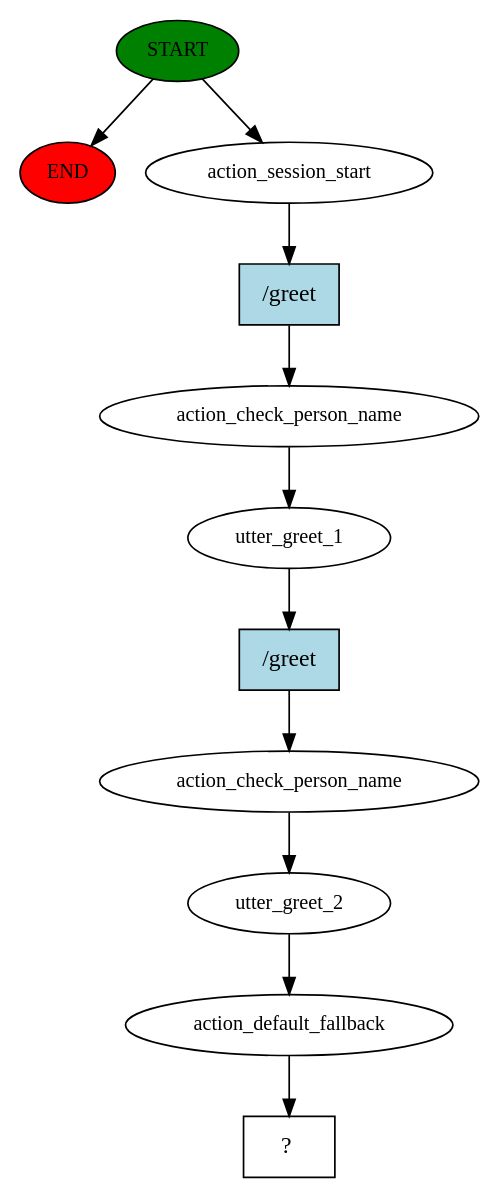
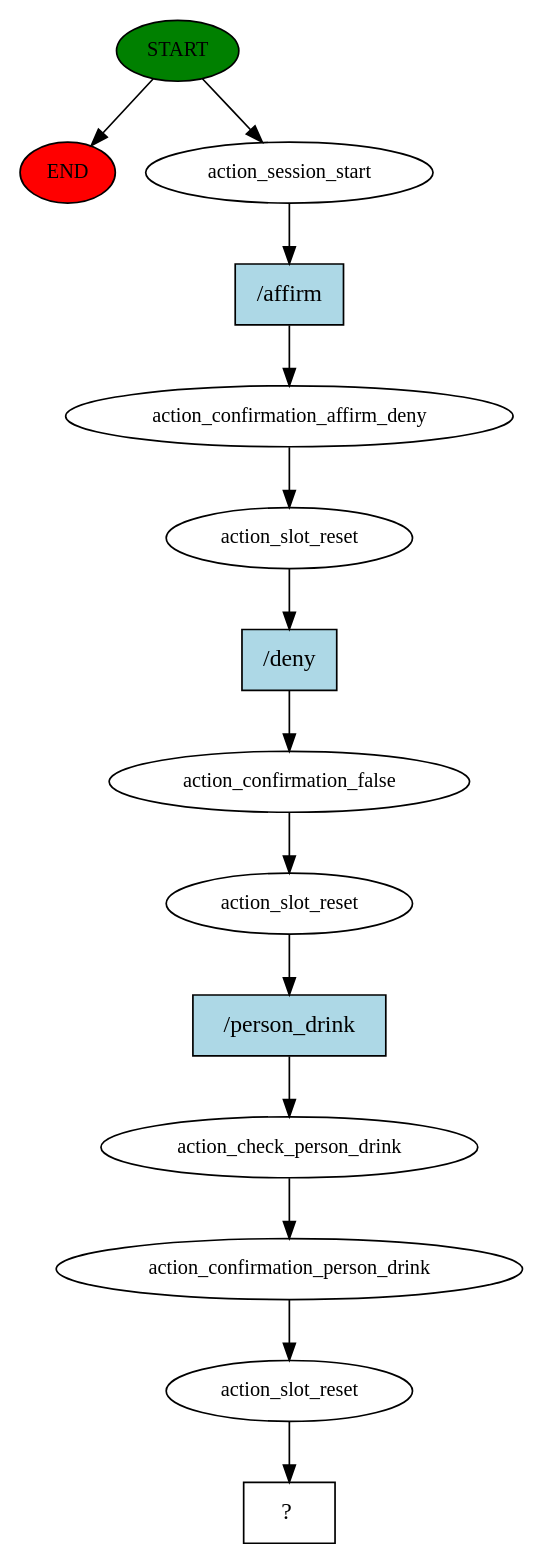
The diagram in lcastor_nlu/robocup_nlu/rasa/story_graph.dot (Ammu033/Robo_cup), drawn with Graphviz before and after one commit. The commit also changed 10 other files, not shown here.

```diff
--- a/lcastor_nlu/robocup_nlu/rasa/story_graph.dot
+++ b/lcastor_nlu/robocup_nlu/rasa/story_graph.dot
@@ -1,23 +1,29 @@
 digraph  {
 0 [class="start active", fillcolor=green, fontsize=12, label=START, style=filled];
 "-1" [class=end, fillcolor=red, fontsize=12, label=END, style=filled];
 1 [class=active, fontsize=12, label=action_session_start];
-2 [class=active, fontsize=12, label=action_check_person_name];
-3 [class=active, fontsize=12, label=utter_greet_1];
-4 [class=active, fontsize=12, label=action_check_person_name];
-5 [class=active, fontsize=12, label=utter_greet_2];
-6 [class=active, fontsize=12, label=action_default_fallback];
-7 [class="intent dashed active", label="  ?  ", shape=rect];
-8 [class="intent active", fillcolor=lightblue, label="/greet", shape=rect, style=filled];
-9 [class="intent active", fillcolor=lightblue, label="/greet", shape=rect, style=filled];
+2 [class=active, fontsize=12, label=action_confirmation_affirm_deny];
+3 [class=active, fontsize=12, label=action_slot_reset];
+4 [class=active, fontsize=12, label=action_confirmation_false];
+5 [class=active, fontsize=12, label=action_slot_reset];
+6 [class=active, fontsize=12, label=action_check_person_drink];
+7 [class=active, fontsize=12, label=action_confirmation_person_drink];
+8 [class=active, fontsize=12, label=action_slot_reset];
+9 [class="intent dashed active", label="  ?  ", shape=rect];
+10 [class="intent active", fillcolor=lightblue, label="/affirm", shape=rect, style=filled];
+11 [class="intent active", fillcolor=lightblue, label="/deny", shape=rect, style=filled];
+12 [class="intent active", fillcolor=lightblue, label="/person_drink", shape=rect, style=filled];
 0 -> "-1"  [class="", key=NONE, label=""];
 0 -> 1  [class=active, key=NONE, label=""];
-1 -> 8  [class=active, key=0];
+1 -> 10  [class=active, key=0];
 2 -> 3  [class=active, key=NONE, label=""];
-3 -> 9  [class=active, key=0];
+3 -> 11  [class=active, key=0];
 4 -> 5  [class=active, key=NONE, label=""];
-5 -> 6  [class=active, key=NONE, label=""];
+5 -> 12  [class=active, key=0];
 6 -> 7  [class=active, key=NONE, label=""];
-8 -> 2  [class=active, key=0];
-9 -> 4  [class=active, key=0];
+7 -> 8  [class=active, key=NONE, label=""];
+8 -> 9  [class=active, key=NONE, label=""];
+10 -> 2  [class=active, key=0];
+11 -> 4  [class=active, key=0];
+12 -> 6  [class=active, key=0];
 }
```
